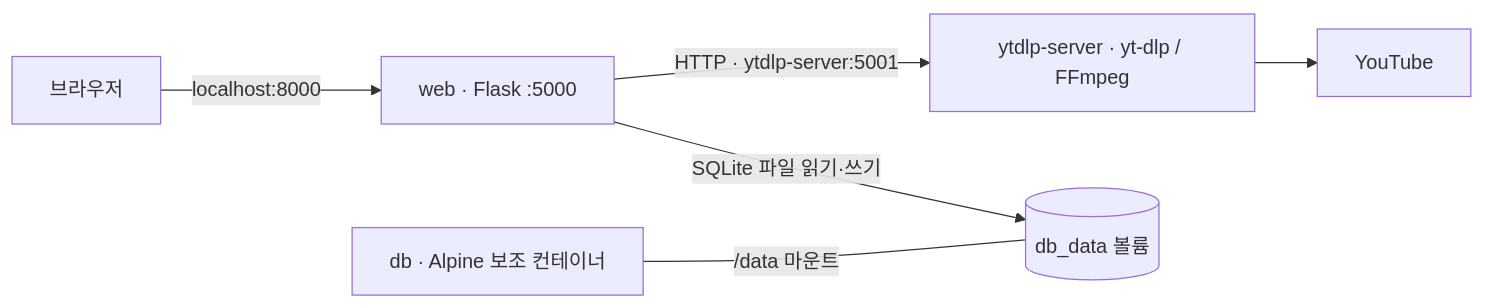
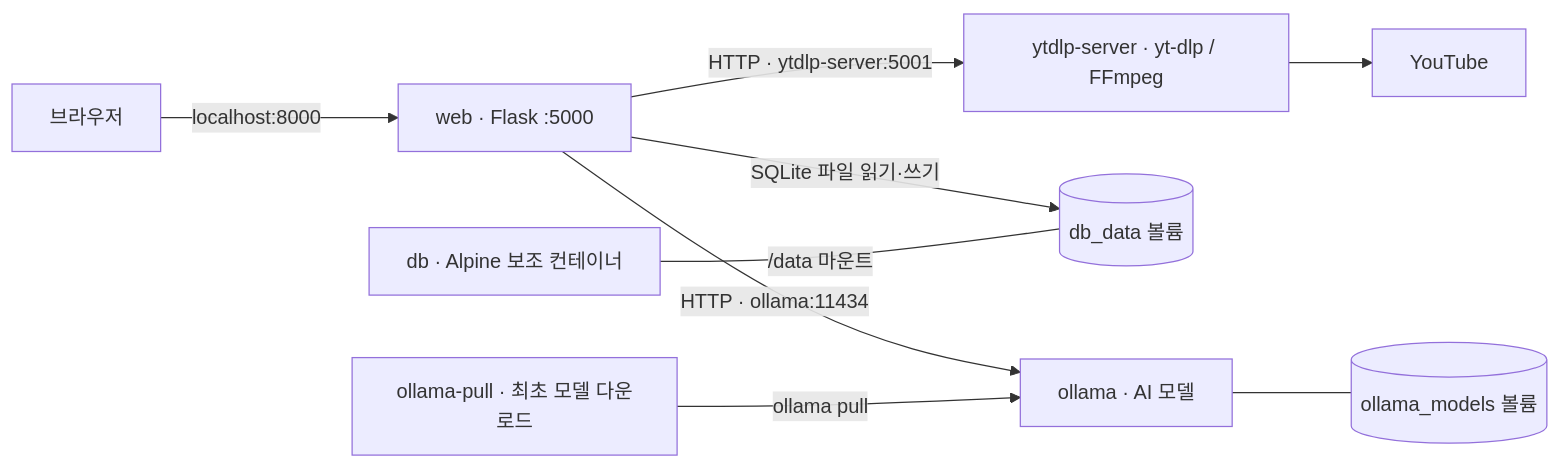
One commit to 2026-Open-Source-Software/MUSIC-LOUNGE changed the diagram in README.md. Above: the diagram before and after it, drawn with Mermaid. The commit also changed other lines of this file and 3 other files, not shown here.

````diff
--- a/README.md
+++ b/README.md
@@ -47,8 +49,11 @@
 ```mermaid
 flowchart LR
     Browser[브라우저] -->|localhost:8000| Web[web · Flask :5000]
     Web -->|HTTP · ytdlp-server:5001| Media[ytdlp-server · yt-dlp / FFmpeg]
     Media --> YouTube[YouTube]
     Web -->|SQLite 파일 읽기·쓰기| Volume[(db_data 볼륨)]
     DB[db · Alpine 보조 컨테이너] ---|/data 마운트| Volume
+    Web -->|HTTP · ollama:11434| Ollama[ollama · AI 모델]
+    Pull[ollama-pull · 최초 모델 다운로드] -->|ollama pull| Ollama
+    Ollama --- Models[(ollama_models 볼륨)]
 ```
````
